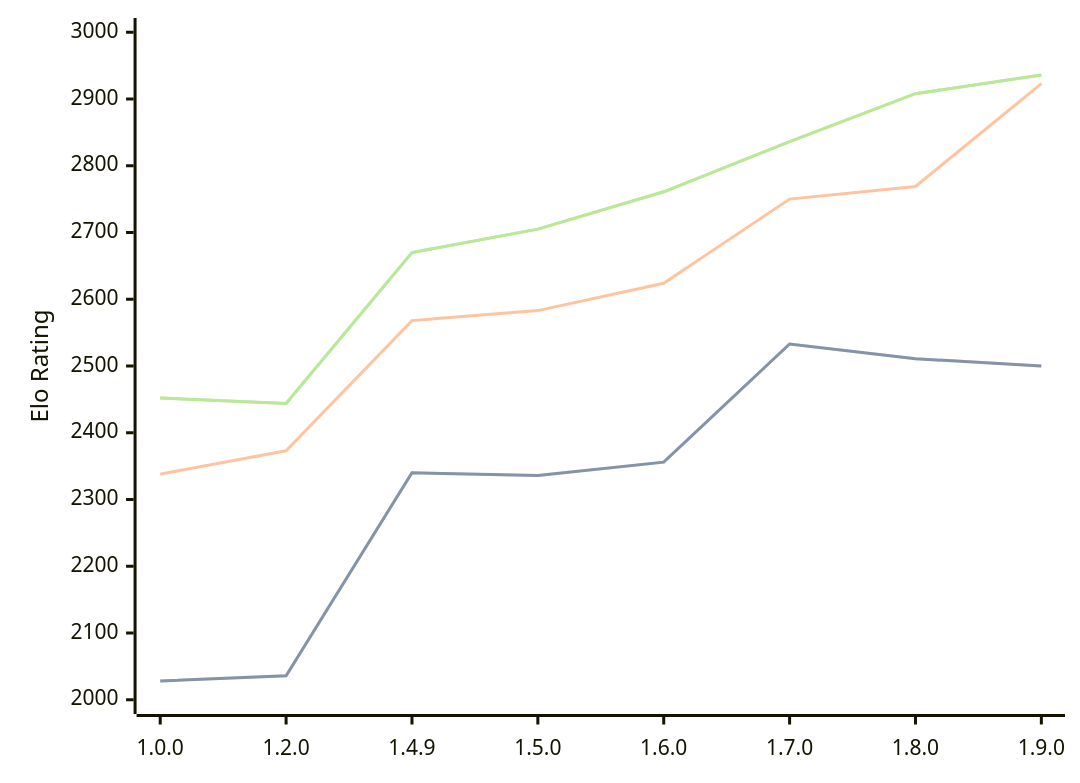
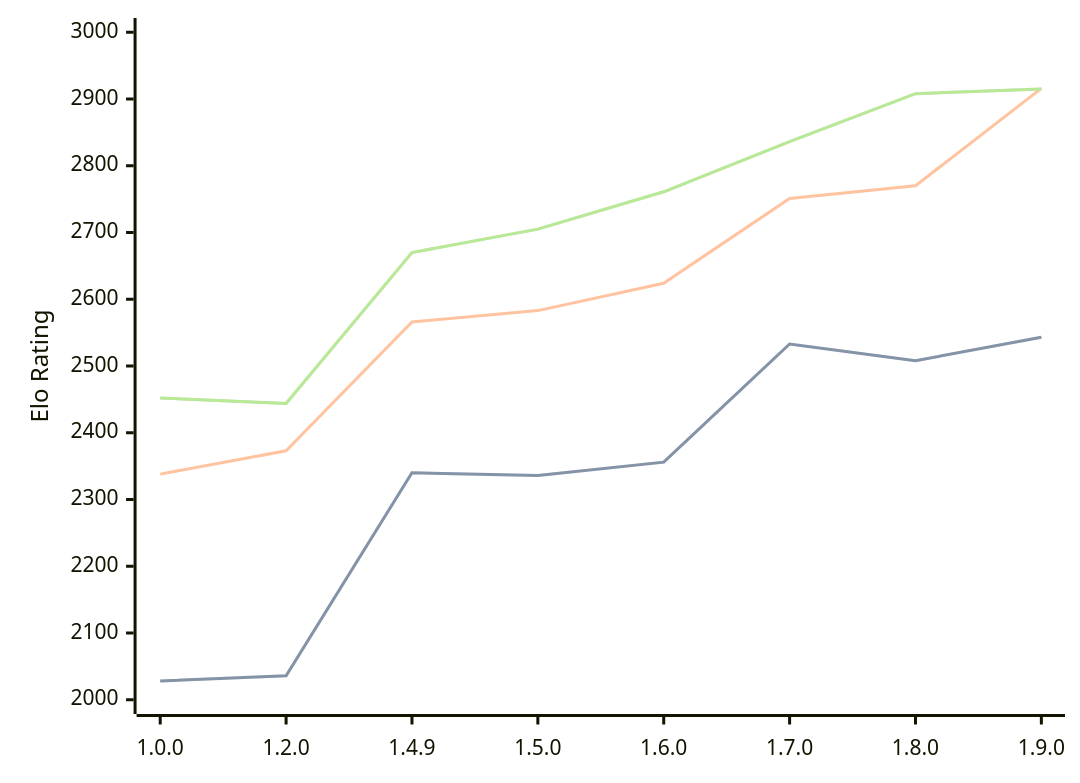
One commit to computer-chess-index/cci changed the diagram in engines/Basilisk.md. Above: the diagram before and after it, drawn with Mermaid. The commit also changed other lines of this file, not shown here.

Commit message:
Update CCI Ratings (ELO VLTC) - 2026-07-20

````diff
--- a/engines/Basilisk.md
+++ b/engines/Basilisk.md
@@ -52,11 +52,11 @@
 ```mermaid
 %%{init: {"theme":"base","themeVariables":{"seriesColors:['#a3a3a3','#222221','#faa371']}}}%%
 xychart-beta
   x-axis ["1.0.0", "1.2.0", "1.4.9", "1.5.0", "1.6.0", "1.7.0", "1.8.0", "1.9.0"]
   y-axis "Elo Rating" 2000 --> 3000
-  line "STC (8.0+0.08s)" [2028, 2036, 2340, 2336, 2356, 2533, 2511, 2500]
-  line "STC (8.0+0.08s)" [2028, 2036, 2340, 2336, 2356, 2533, 2511, 2500]
-  line "LTC (60.0+0.60s)" [2338, 2373, 2568, 2583, 2624, 2750, 2769, 2923]
-  line "VLTC (2m24s+1.12s)" [2452, 2444, 2670, 2705, 2761, 2836, 2908, 2936]
-  line "VLTC (2m24s+1.12s)" [2452, 2444, 2670, 2705, 2761, 2836, 2908, 2936]
+  line "STC (8.0+0.08s)" [2028, 2036, 2340, 2336, 2356, 2533, 2508, 2543]
+  line "STC (8.0+0.08s)" [2028, 2036, 2340, 2336, 2356, 2533, 2508, 2543]
+  line "LTC (60.0+0.60s)" [2338, 2373, 2566, 2583, 2624, 2751, 2770, 2916]
+  line "VLTC (2m24s+1.12s)" [2452, 2444, 2670, 2705, 2761, 2836, 2908, 2915]
+  line "VLTC (2m24s+1.12s)" [2452, 2444, 2670, 2705, 2761, 2836, 2908, 2915]
 ```
````
